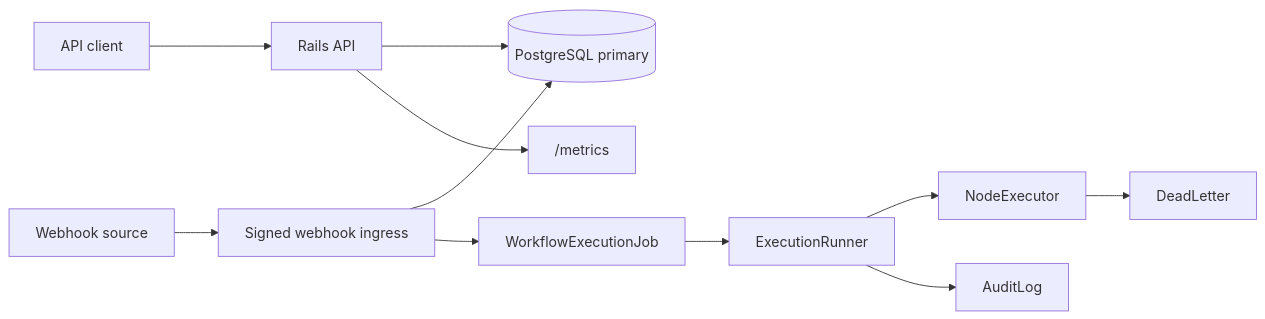
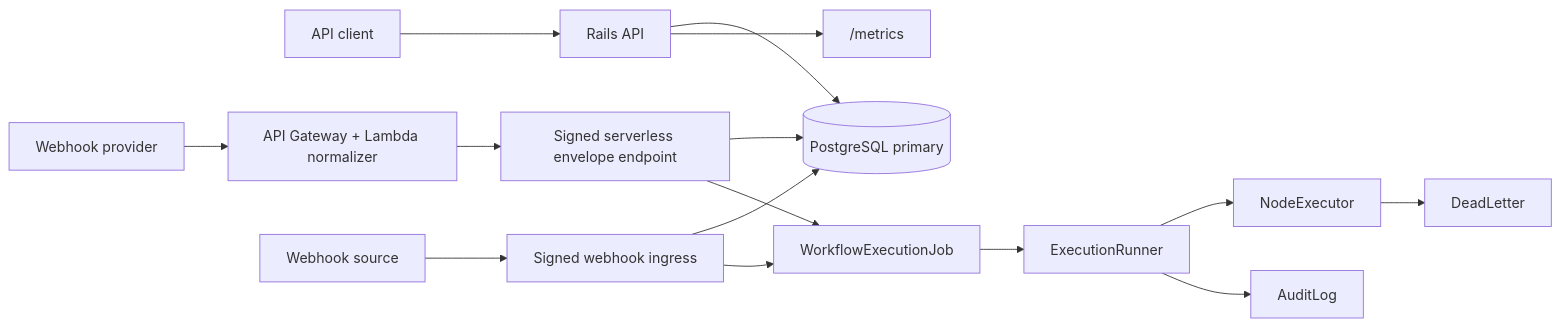
The diagram in README.md (Defyland/flowbridge-rails-automation-platform), drawn with Mermaid before and after one commit. The commit also changed other lines of this file and 10 other files, not shown here.

Commit message:
docs(serverless): record ingress tradeoffs

````diff
--- a/README.md
+++ b/README.md
@@ -49,13 +51,17 @@
 ```mermaid
 flowchart LR
   Client["API client"] --> API["Rails API"]
+  Provider["Webhook provider"] --> Edge["API Gateway + Lambda normalizer"]
+  Edge --> ServerlessIngress["Signed serverless envelope endpoint"]
   Webhook["Webhook source"] --> Ingress["Signed webhook ingress"]
   API --> DB[(PostgreSQL primary)]
+  ServerlessIngress --> DB
   Ingress --> DB
   Ingress --> Job["WorkflowExecutionJob"]
+  ServerlessIngress --> Job
   Job --> Runner["ExecutionRunner"]
   Runner --> Node["NodeExecutor"]
   Node --> DLQ["DeadLetter"]
   Runner --> Audit["AuditLog"]
   API --> Metrics["/metrics"]
 ```
````
